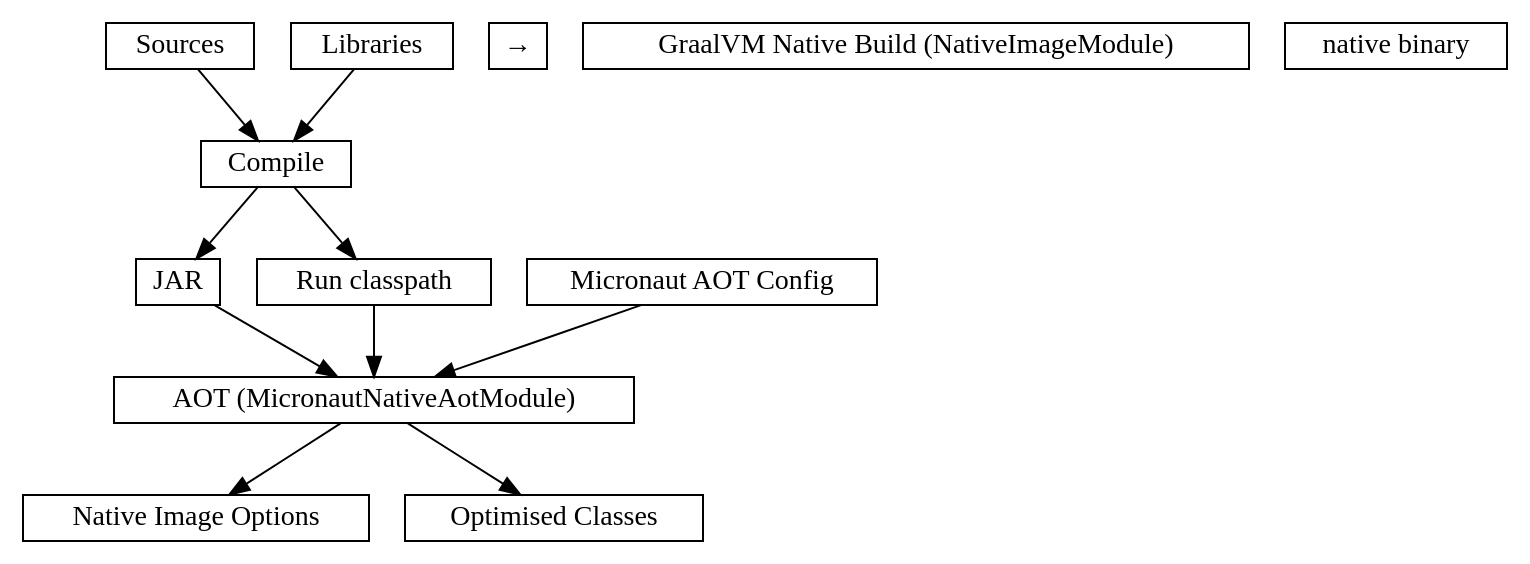
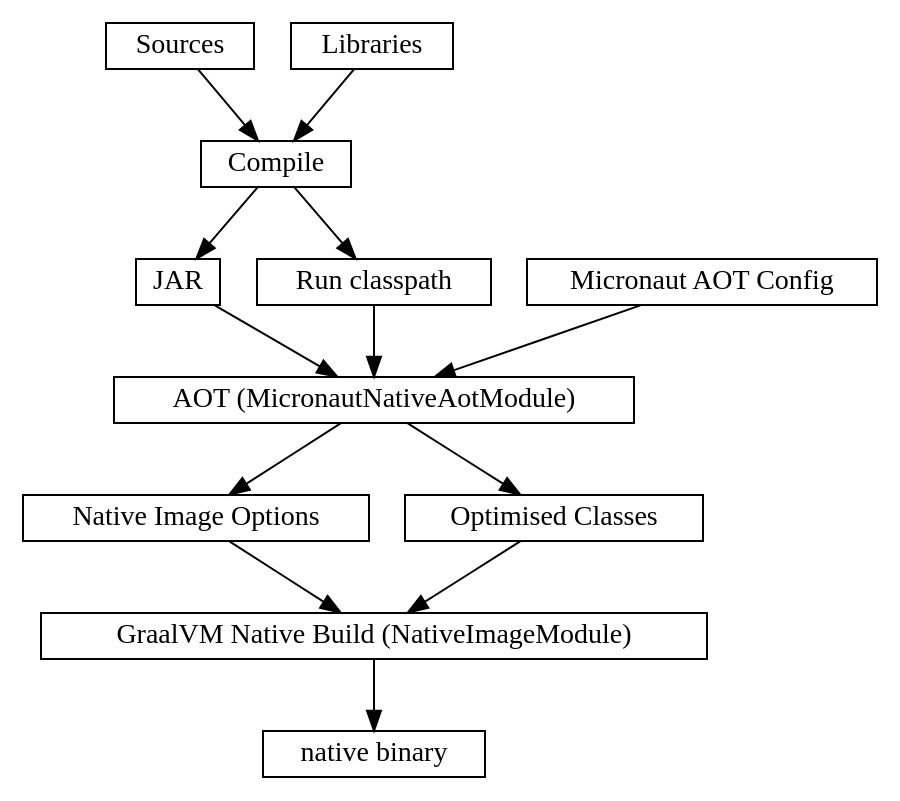
Before and after one commit to com-lihaoyi/mill: the second of 3 diagrams in website/blog/modules/ROOT/pages/21-quarkus-spring-micronaut-with-mill.adoc, drawn with Graphviz. The commit also changed other lines of this file and 2 other files, not shown here.

```diff
--- a/website/blog/modules/ROOT/pages/21-quarkus-spring-micronaut-with-mill.adoc
+++ b/website/blog/modules/ROOT/pages/21-quarkus-spring-micronaut-with-mill.adoc
@@ -256,20 +278,20 @@
 [graphviz]
 ....
 digraph MicronautNative {
   rankdir=TB
   node [shape=box width=0 height=0]
 
   "Sources" -> "Compile"
   "Libraries" -> "Compile"
   "Compile" -> "JAR"
   "Compile" -> "Run classpath"
   "JAR" -> "AOT (MicronautNativeAotModule)"
   "Run classpath" -> "AOT (MicronautNativeAotModule)"
   "Micronaut AOT Config" -> "AOT (MicronautNativeAotModule)"
   "AOT (MicronautNativeAotModule)" -> "Native Image Options"
   "AOT (MicronautNativeAotModule)" -> "Optimised Classes"
-  "Native Image Options" → "GraalVM Native Build (NativeImageModule)"
-  "Optimised Classes" → "GraalVM Native Build (NativeImageModule)"
-  "GraalVM Native Build (NativeImageModule)" → "native binary"
+  "Native Image Options" -> "GraalVM Native Build (NativeImageModule)"
+  "Optimised Classes" -> "GraalVM Native Build (NativeImageModule)"
+  "GraalVM Native Build (NativeImageModule)" -> "native binary"
 }
 ....
```
